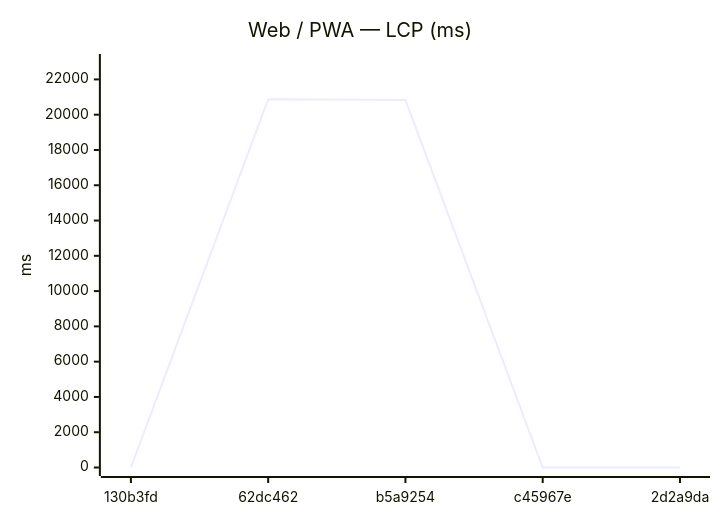
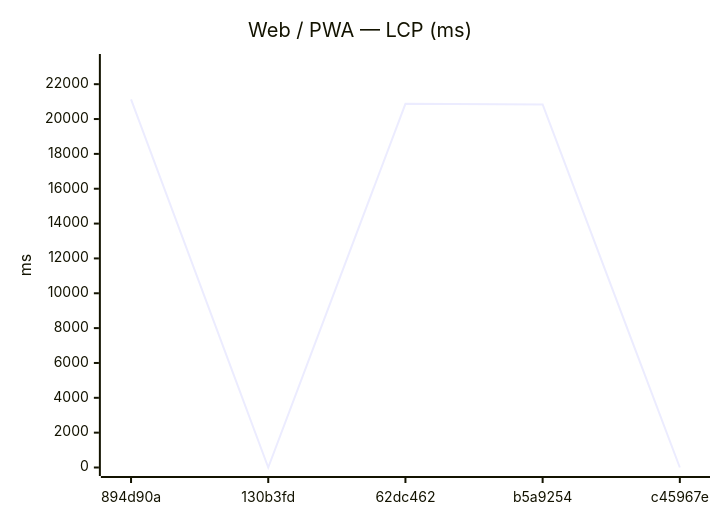
One commit to Metaheurist/Rianell changed the seventh of 18 diagrams in benchmarks/compare.md. Above: the diagram before and after it, drawn with Mermaid. The commit also changed other lines of this file and 11 other files, not shown here.

````diff
--- a/benchmarks/compare.md
+++ b/benchmarks/compare.md
@@ -117,7 +117,7 @@
 ```mermaid
 xychart-beta
     title "Web / PWA — LCP (ms)"
-    x-axis ["130b3fd", "62dc462", "b5a9254", "c45967e", "2d2a9da"]
-    y-axis "ms" 0 --> 22959
-    line [0, 20871, 20837, 0, 0]
+    x-axis ["894d90a", "130b3fd", "62dc462", "b5a9254", "c45967e"]
+    y-axis "ms" 0 --> 23245
+    line [21131, 0, 20871, 20837, 0]
 ```
````
